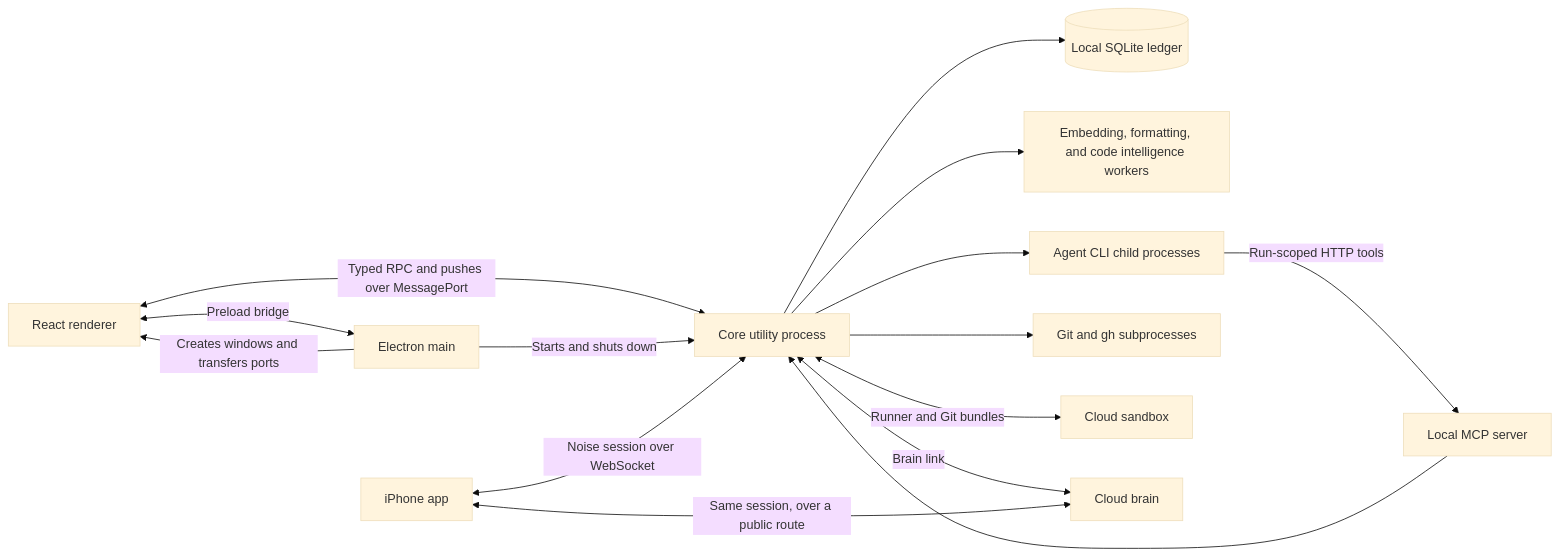
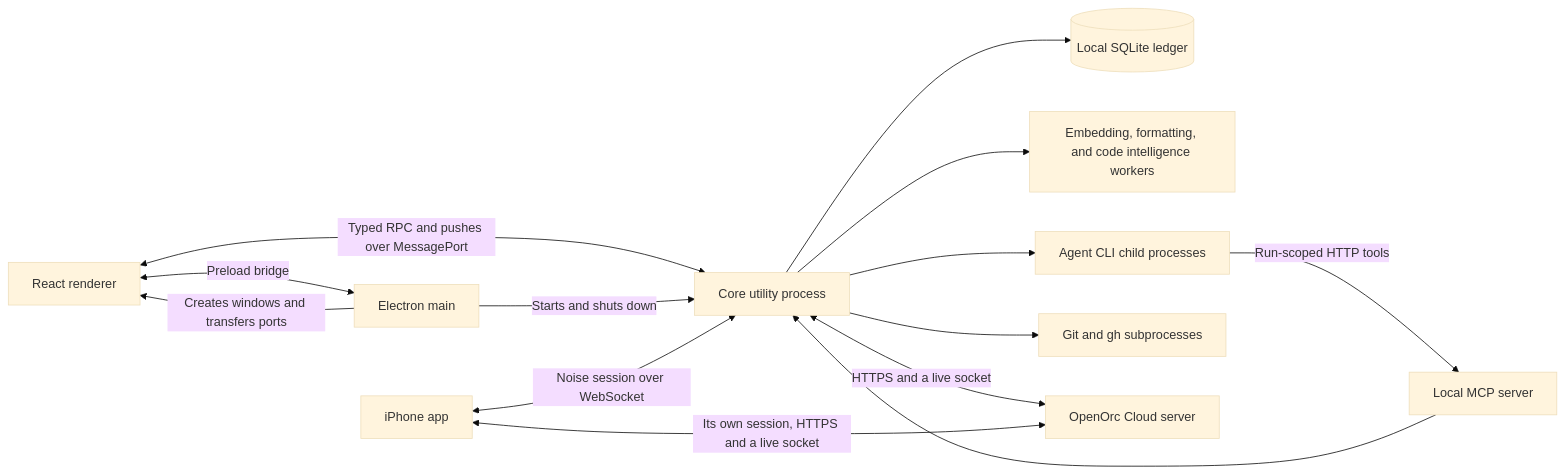
The first of 2 diagrams in ARCHITECTURE.md (davejj1530/openorc), drawn with Mermaid (base theme) before and after one commit. The commit also changed other lines of this file and 5 other files, not shown here.

First line of the commit message:
docs: describe OpenOrc Cloud in the architecture and contributor guides

````diff
--- a/ARCHITECTURE.md
+++ b/ARCHITECTURE.md
@@ -9,17 +9,16 @@
 ```mermaid
 flowchart LR
   UI[React renderer] <-->|Typed RPC and pushes over MessagePort| CORE[Core utility process]
   MAIN[Electron main] -->|Creates windows and transfers ports| UI
   MAIN -->|Starts and shuts down| CORE
   UI <-->|Preload bridge| MAIN
   CORE --> DB[(Local SQLite ledger)]
   CORE --> WORKERS[Embedding, formatting, and code intelligence workers]
   CORE --> AGENT[Agent CLI child processes]
   CORE --> GIT[Git and gh subprocesses]
   AGENT -->|Run-scoped HTTP tools| MCP[Local MCP server]
   MCP --> CORE
   PHONE[iPhone app] <-->|Noise session over WebSocket| CORE
-  CORE <-->|Runner and Git bundles| SANDBOX[Cloud sandbox]
-  CORE <-->|Brain link| BRAIN[Cloud brain]
-  PHONE <-->|Same session, over a public route| BRAIN
+  CORE <-->|HTTPS and a live socket| CLOUD[OpenOrc Cloud server]
+  PHONE <-->|Its own session, HTTPS and a live socket| CLOUD
 ```
````
